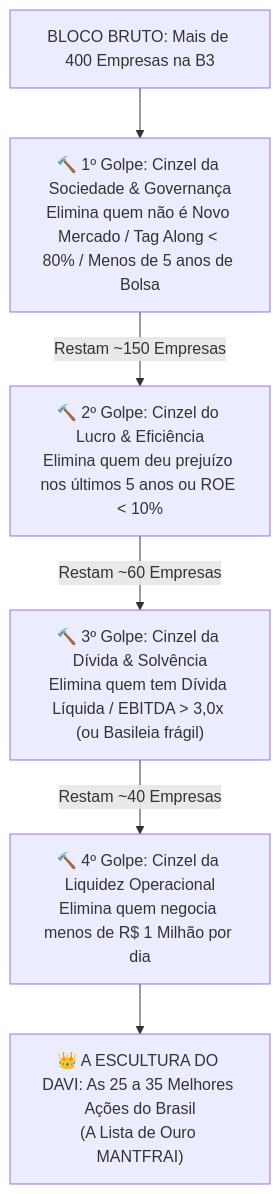
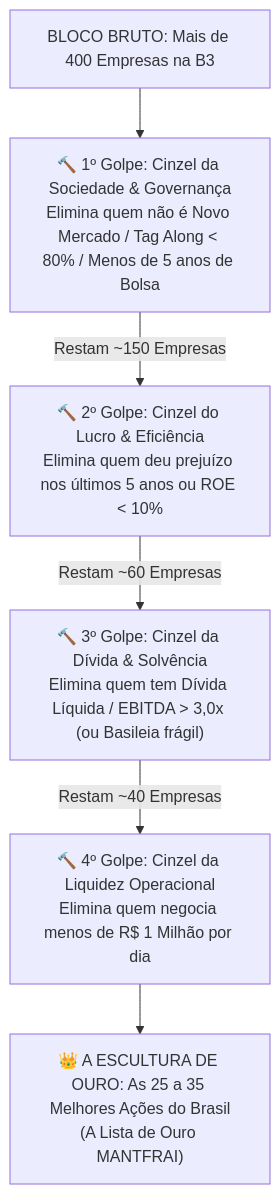
One commit to Rickss100/Davi-Hidra changed the diagram in src/data/academy/lessons/modulo-4/aula-4-5.md. Above: the diagram before and after it, drawn with Mermaid. The commit also changed other lines of this file and 22 other files, not shown here.

````diff
--- a/src/data/academy/lessons/modulo-4/aula-4-5.md
+++ b/src/data/academy/lessons/modulo-4/aula-4-5.md
@@ -40,8 +40,8 @@
 ```mermaid
 flowchart TD
     Inicio["BLOCO BRUTO: Mais de 400 Empresas na B3"] --> Golpe1["🔨 1º Golpe: Cinzel da Sociedade & Governança<br/>Elimina quem não é Novo Mercado / Tag Along < 80% / Menos de 5 anos de Bolsa"]
     Golpe1 -->|Restam ~150 Empresas| Golpe2["🔨 2º Golpe: Cinzel do Lucro & Eficiência<br/>Elimina quem deu prejuízo nos últimos 5 anos ou ROE < 10%"]
     Golpe2 -->|Restam ~60 Empresas| Golpe3["🔨 3º Golpe: Cinzel da Dívida & Solvência<br/>Elimina quem tem Dívida Líquida / EBITDA > 3,0x (ou Basileia frágil)"]
     Golpe3 -->|Restam ~40 Empresas| Golpe4["🔨 4º Golpe: Cinzel da Liquidez Operacional<br/>Elimina quem negocia menos de R$ 1 Milhão por dia"]
-    Golpe4 --> Davi["👑 A ESCULTURA DO DAVI: As 25 a 35 Melhores Ações do Brasil<br/>(A Lista de Ouro MANTFRAI)"]
+    Golpe4 --> Davi["👑 A ESCULTURA DE OURO: As 25 a 35 Melhores Ações do Brasil<br/>(A Lista de Ouro MANTFRAI)"]
 ```
````
